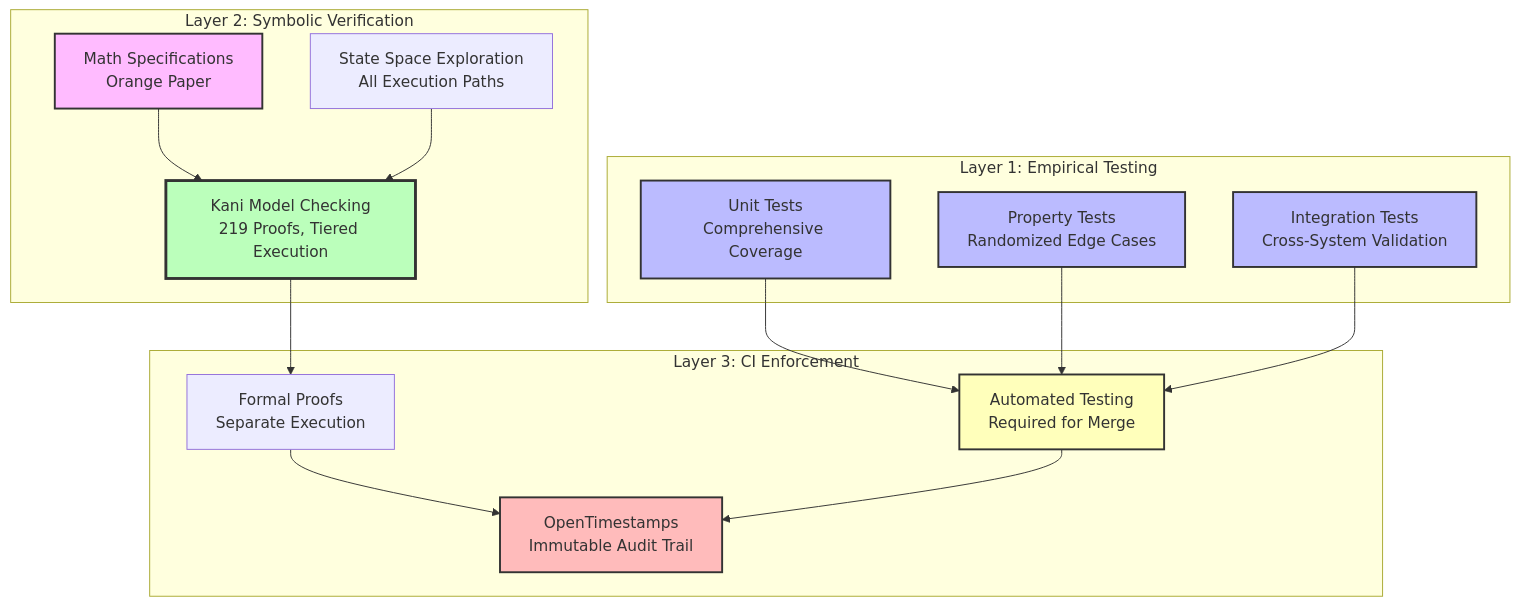
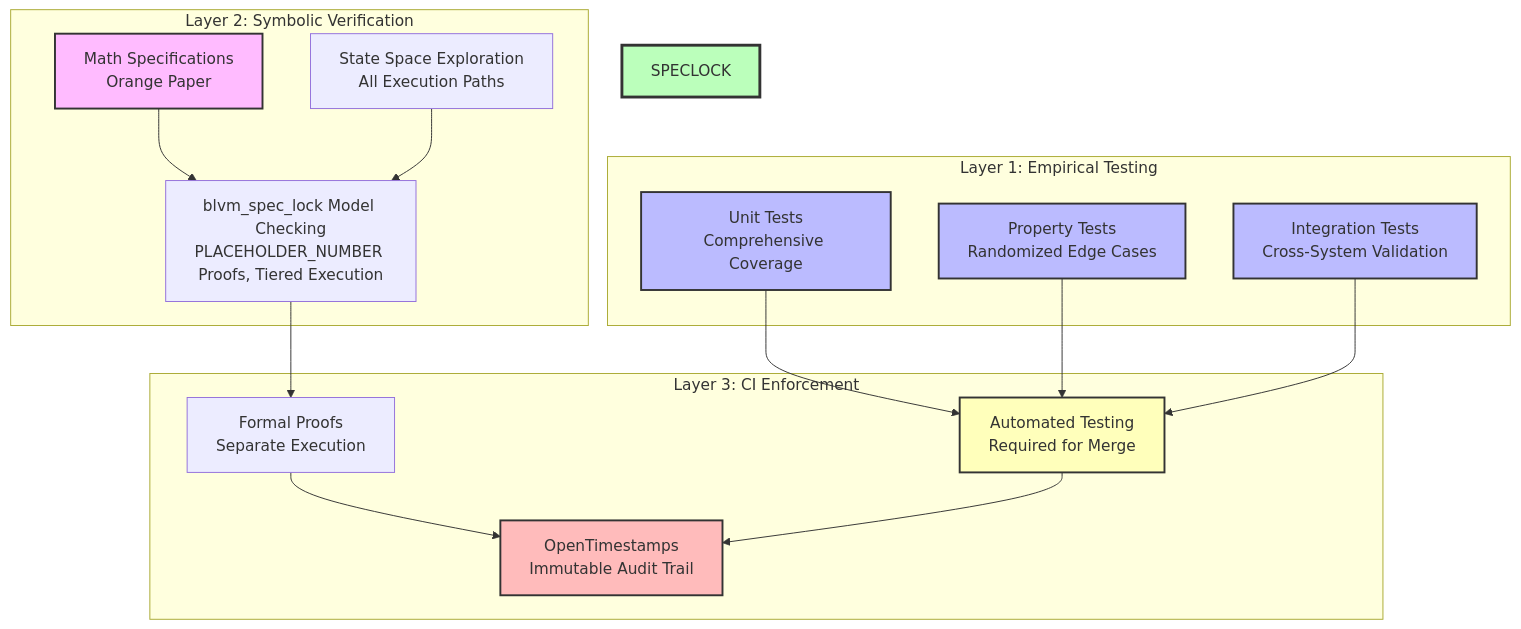
Before and after one commit to BTCDecoded/blvm-docs: the diagram in src/consensus/formal-verification.md, drawn with Mermaid. The commit also changed other lines of this file and 29 other files, not shown here.

First line of the commit message:
Documentation cleanup: Remove temporal language, replace Kani with blvm_spec_lock, add IBD protection docs

````diff
--- a/src/consensus/formal-verification.md
+++ b/src/consensus/formal-verification.md
@@ -9,39 +9,39 @@
 ```mermaid
 graph TB
     subgraph "Layer 1: Empirical Testing"
         UT[Unit Tests<br/>Comprehensive Coverage]
         PT[Property Tests<br/>Randomized Edge Cases]
         IT[Integration Tests<br/>Cross-System Validation]
     end
     
     subgraph "Layer 2: Symbolic Verification"
-        KANI[Kani Model Checking<br/>219 Proofs, Tiered Execution]
+        blvm_spec_lock[blvm_spec_lock Model Checking<br/>PLACEHOLDER_NUMBER Proofs, Tiered Execution]
         SPEC[Math Specifications<br/>Orange Paper]
         SSE[State Space Exploration<br/>All Execution Paths]
     end
     
     subgraph "Layer 3: CI Enforcement"
         AUTO[Automated Testing<br/>Required for Merge]
         PROOF[Formal Proofs<br/>Separate Execution]
         OTS[OpenTimestamps<br/>Immutable Audit Trail]
     end
     
     UT --> AUTO
     PT --> AUTO
     IT --> AUTO
     
-    KANI --> PROOF
-    SPEC --> KANI
-    SSE --> KANI
+    blvm_spec_lock --> PROOF
+    SPEC --> blvm_spec_lock
+    SSE --> blvm_spec_lock
     
     PROOF --> OTS
     AUTO --> OTS
     
     style UT fill:#bbf,stroke:#333,stroke-width:2px
     style PT fill:#bbf,stroke:#333,stroke-width:2px
     style IT fill:#bbf,stroke:#333,stroke-width:2px
-    style KANI fill:#bfb,stroke:#333,stroke-width:3px
+    style SPECLOCK fill:#bfb,stroke:#333,stroke-width:3px
     style SPEC fill:#fbf,stroke:#333,stroke-width:2px
     style AUTO fill:#ffb,stroke:#333,stroke-width:2px
     style OTS fill:#fbb,stroke:#333,stroke-width:2px
 ```
````
